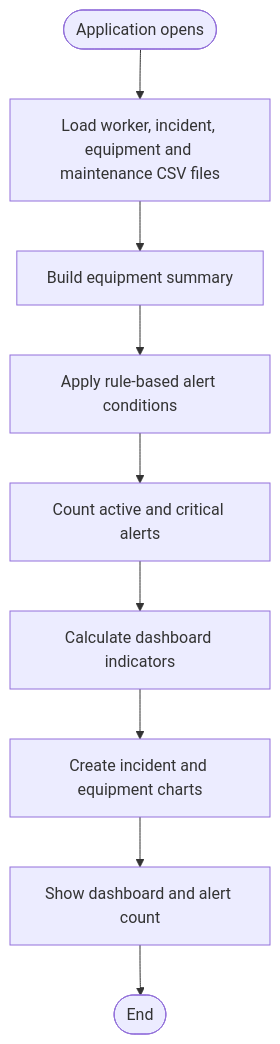
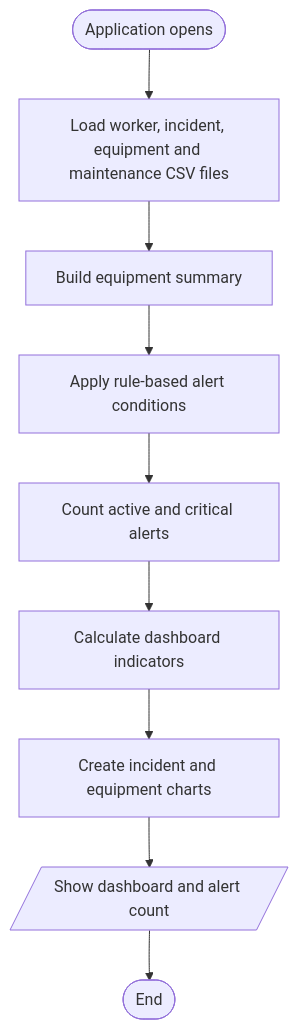
One commit to 2942996/KHWEZI-MINING-APP changed diagram 11 of 12 in Algorithms, Flowcharts and Pseudocode/flowcharts/FLOWCHARTS.md. Above: the diagram before and after it, drawn with Mermaid. The commit also changed other lines of this file, not shown here.

First line of the commit message:
Refactor flowchart error messages for clarity

````diff
--- a/Algorithms, Flowcharts and Pseudocode/flowcharts/FLOWCHARTS.md
+++ b/Algorithms, Flowcharts and Pseudocode/flowcharts/FLOWCHARTS.md
@@ -185,11 +185,11 @@
 ```mermaid
 flowchart TD
     A([Application opens]) --> B[Load worker, incident, equipment and maintenance CSV files]
     B --> C[Build equipment summary]
     C --> D[Apply rule-based alert conditions]
     D --> E[Count active and critical alerts]
     E --> F[Calculate dashboard indicators]
     F --> G[Create incident and equipment charts]
-    G --> H[Show dashboard and alert count]
+    G --> H[/Show dashboard and alert count/]
     H --> I([End])
 ```
````
